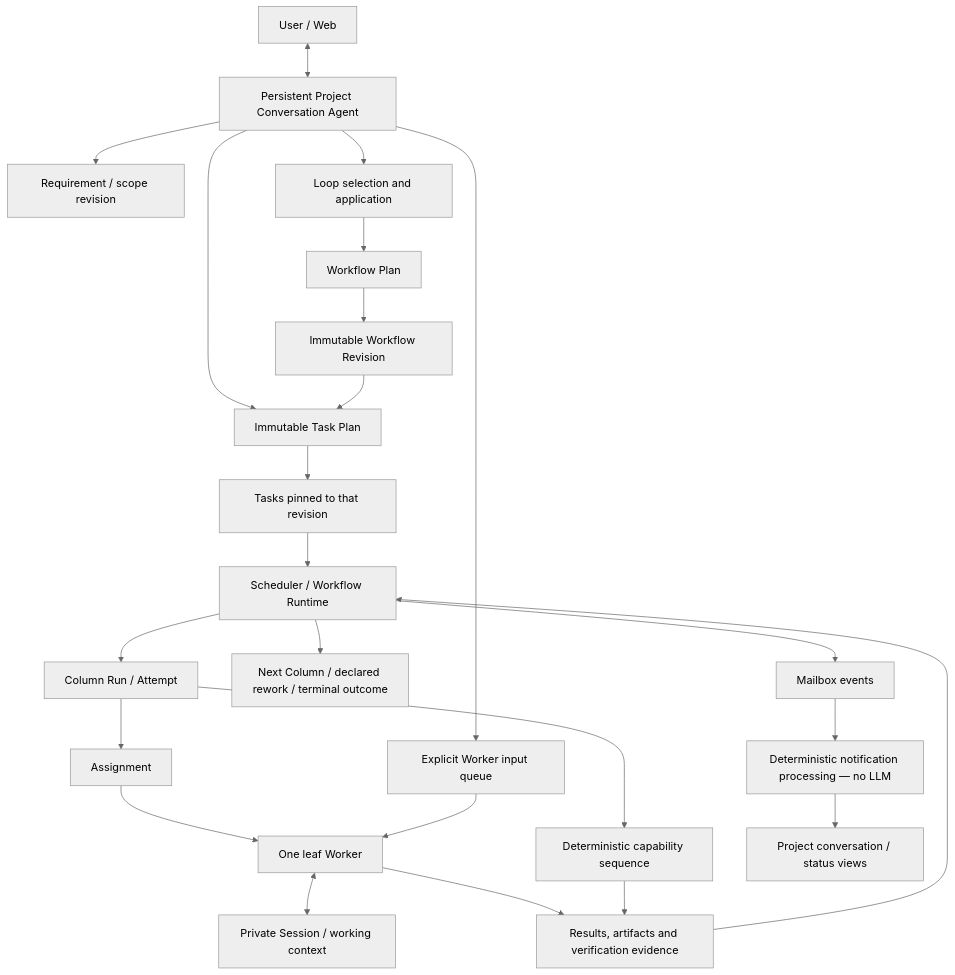
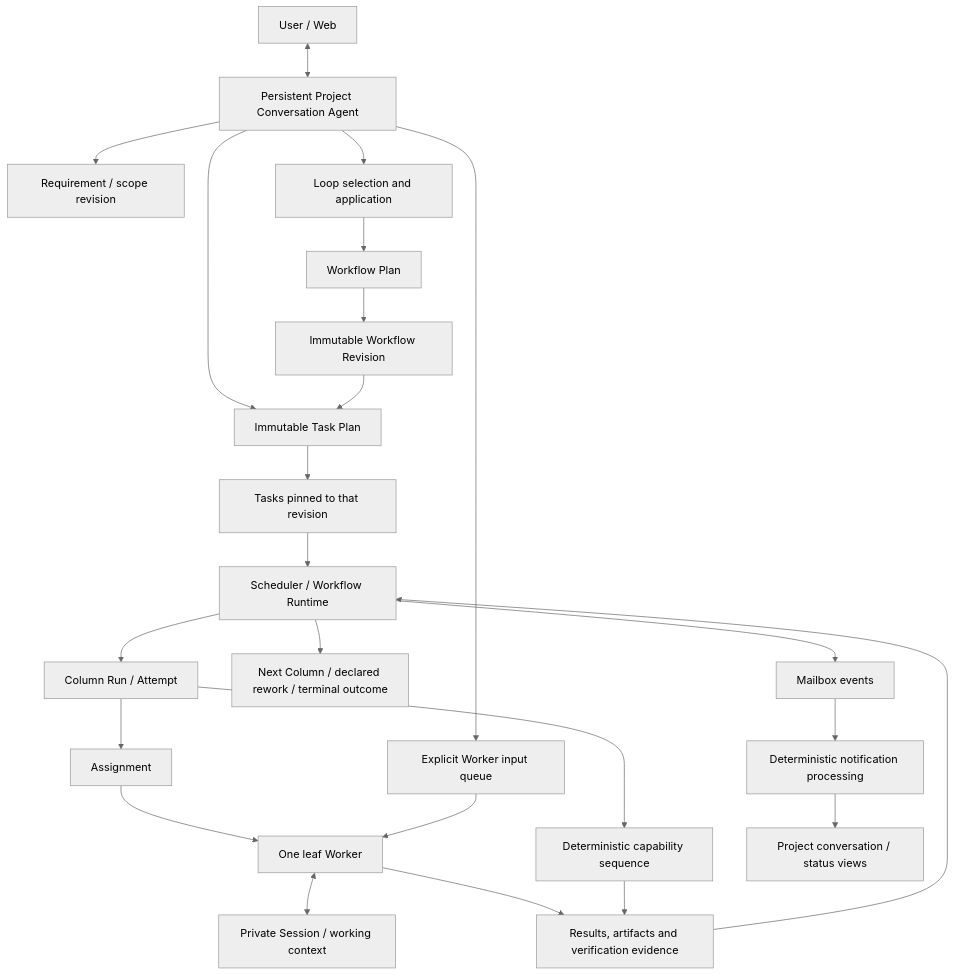
One commit to zanghongtu2006/DevWerk changed the diagram in DevWerk/README.md. Above: the diagram before and after it, drawn with Mermaid (neutral theme). The commit also changed other lines of this file and 154 other files, not shown here.

````diff
--- a/DevWerk/README.md
+++ b/DevWerk/README.md
@@ -11,26 +11,26 @@
 ```mermaid
 flowchart TD
     U["User / Web"] <--> CA["Persistent Project Conversation Agent"]
     CA --> REQ["Requirement / scope revision"]
     CA --> LOOP["Loop selection and application"]
     LOOP --> WP["Workflow Plan"]
     WP --> WR["Immutable Workflow Revision"]
     CA --> TP["Immutable Task Plan"]
     WR --> TP
     TP --> T["Tasks pinned to that revision"]
     T --> RT["Scheduler / Workflow Runtime"]
     RT --> CR["Column Run / Attempt"]
     CR --> AS["Assignment"]
     AS --> W["One leaf Worker"]
     W <--> S["Private Session / working context"]
     CR --> CS["Deterministic capability sequence"]
     W --> E["Results, artifacts and verification evidence"]
     CS --> E
     E --> RT
     RT --> NEXT["Next Column / declared rework / terminal outcome"]
     CA --> WI["Explicit Worker input queue"]
     WI --> W
     RT --> MB["Mailbox events"]
-    MB --> NR["Deterministic notification processing — no LLM"]
+    MB --> NR["Deterministic notification processing"]
     NR --> UI["Project conversation / status views"]
 ```
````
